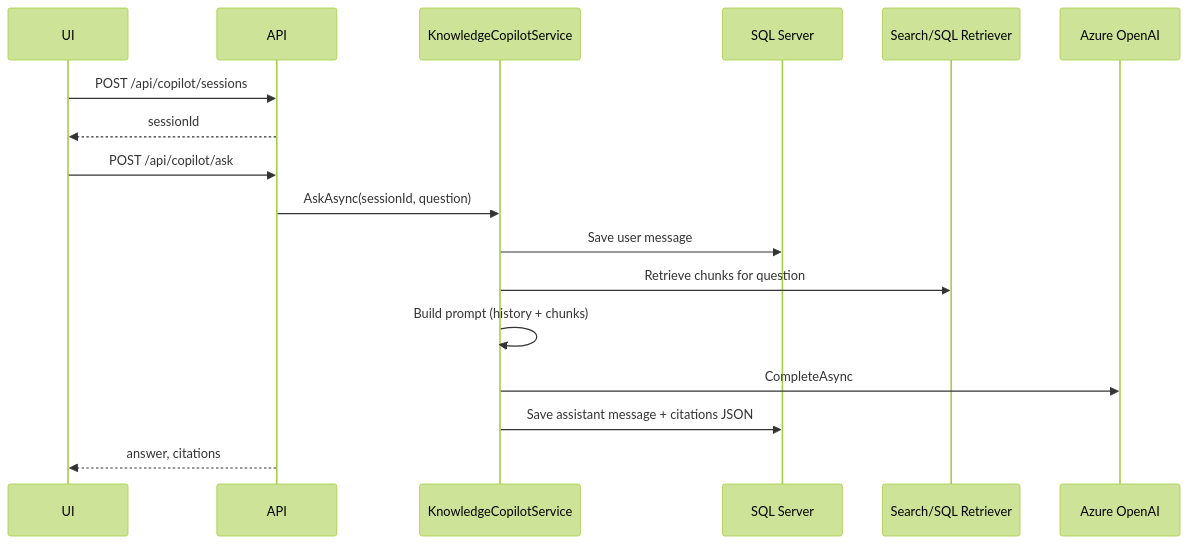
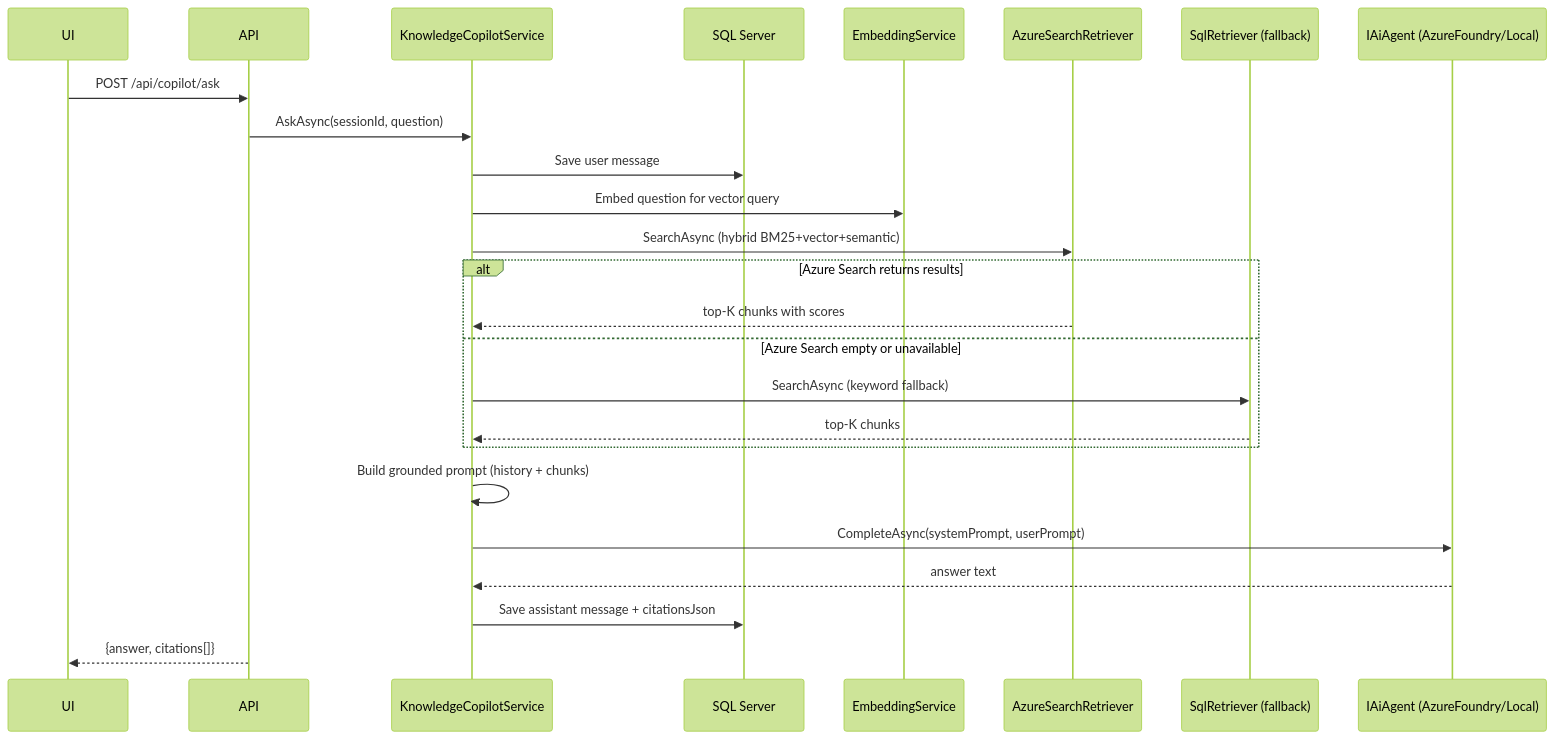
The second of 4 diagrams in docs/architecture.md (peter255/devassist-ai-workspace), drawn with Mermaid (forest theme) before and after one commit. The commit also changed other lines of this file and 18 other files, not shown here.

First line of the commit message:
feat: Azure AI Foundry integration (Phase 2)

````diff
--- a/docs/architecture.md
+++ b/docs/architecture.md
@@ -93,21 +100,28 @@
 ```mermaid
 sequenceDiagram
     participant UI
     participant API
     participant Copilot as KnowledgeCopilotService
     participant DB as SQL Server
-    participant Retriever as Search/SQL Retriever
-    participant OAI as Azure OpenAI
-
-    UI->>API: POST /api/copilot/sessions
-    API-->>UI: sessionId
+    participant Embed as EmbeddingService
+    participant Search as AzureSearchRetriever
+    participant SQL as SqlRetriever (fallback)
+    participant Agent as IAiAgent (AzureFoundry/Local)
 
     UI->>API: POST /api/copilot/ask
     API->>Copilot: AskAsync(sessionId, question)
     Copilot->>DB: Save user message
-    Copilot->>Retriever: Retrieve chunks for question
-    Copilot->>Copilot: Build prompt (history + chunks)
-    Copilot->>OAI: CompleteAsync
-    Copilot->>DB: Save assistant message + citations JSON
-    API-->>UI: answer, citations
+    Copilot->>Embed: Embed question for vector query
+    Copilot->>Search: SearchAsync (hybrid BM25+vector+semantic)
+    alt Azure Search returns results
+        Search-->>Copilot: top-K chunks with scores
+    else Azure Search empty or unavailable
+        Copilot->>SQL: SearchAsync (keyword fallback)
+        SQL-->>Copilot: top-K chunks
+    end
+    Copilot->>Copilot: Build grounded prompt (history + chunks)
+    Copilot->>Agent: CompleteAsync(systemPrompt, userPrompt)
+    Agent-->>Copilot: answer text
+    Copilot->>DB: Save assistant message + citationsJson
+    API-->>UI: {answer, citations[]}
 ```
````
